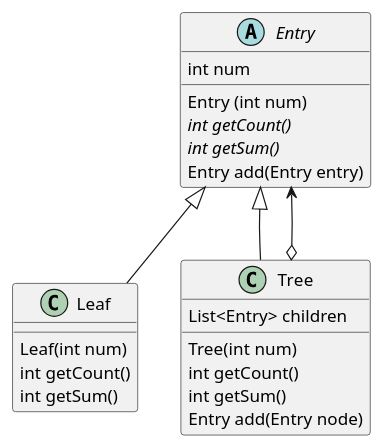
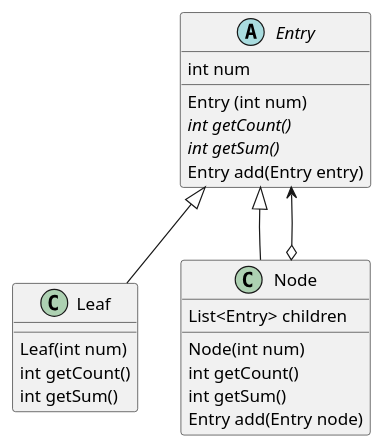
The diagram in plantuml/designpattern/concept-composite-2.plantuml (windowforsun/blog), drawn with PlantUML before and after one commit. The commit also changed 1 other file, not shown here.

```diff
--- a/plantuml/designpattern/concept-composite-2.plantuml
+++ b/plantuml/designpattern/concept-composite-2.plantuml
@@ -1,29 +1,29 @@
 @startuml
 
 abstract class Entry {
 	int num
 	Entry (int num)
 	{abstract} int getCount()
 	{abstract} int getSum()
 	Entry add(Entry entry)
 }
 
 class Leaf {
 	Leaf(int num)
 	int getCount()
 	int getSum()
 }
 
-class Tree {
+class Node {
 	List<Entry> children
-	Tree(int num)
+	Node(int num)
 	int getCount()
 	int getSum()
 	Entry add(Entry node)
 }
 
 Entry <|-- Leaf
-Entry <|-- Tree
-Entry <--o Tree
+Entry <|-- Node
+Entry <--o Node
 
 @enduml
```
